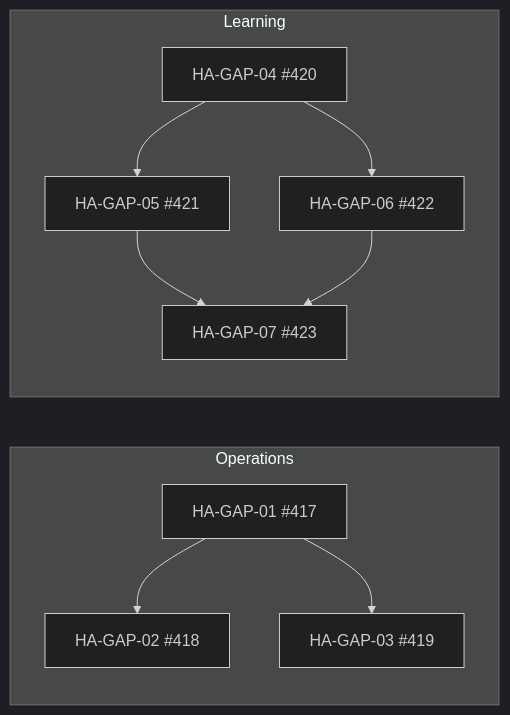
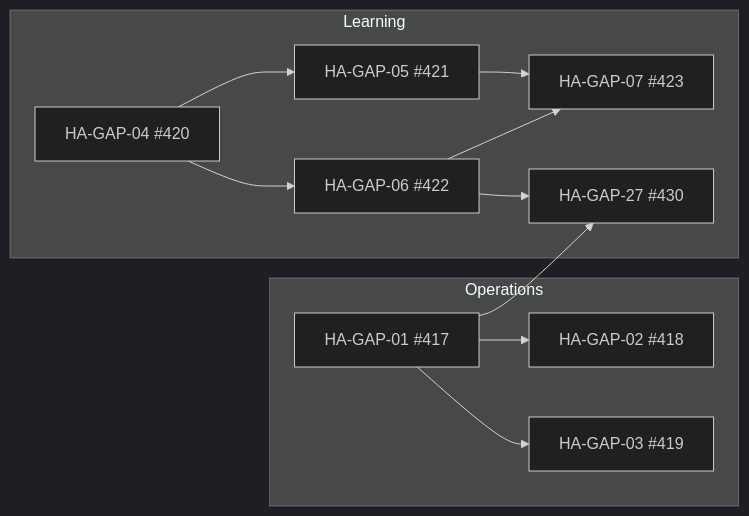
The first of 2 diagrams in docs/roadmap/hyperagent-gap-roadmap.md (gannonh/agentis), drawn with Mermaid (dark theme) before and after one commit. The commit also changed other lines of this file and 13 other files, not shown here.

````diff
--- a/docs/roadmap/hyperagent-gap-roadmap.md
+++ b/docs/roadmap/hyperagent-gap-roadmap.md
@@ -85,21 +86,24 @@
 ```mermaid
 flowchart LR
   subgraph ops [Operations]
     417["HA-GAP-01 #417"]
     418["HA-GAP-02 #418"]
     419["HA-GAP-03 #419"]
     417 --> 418
     417 --> 419
   end
 
   subgraph learn [Learning]
     420["HA-GAP-04 #420"]
     421["HA-GAP-05 #421"]
     422["HA-GAP-06 #422"]
     423["HA-GAP-07 #423"]
+    430["HA-GAP-27 #430"]
     420 --> 421
     420 --> 422
     421 --> 423
     422 --> 423
+    417 --> 430
+    422 --> 430
   end
 ```
````
